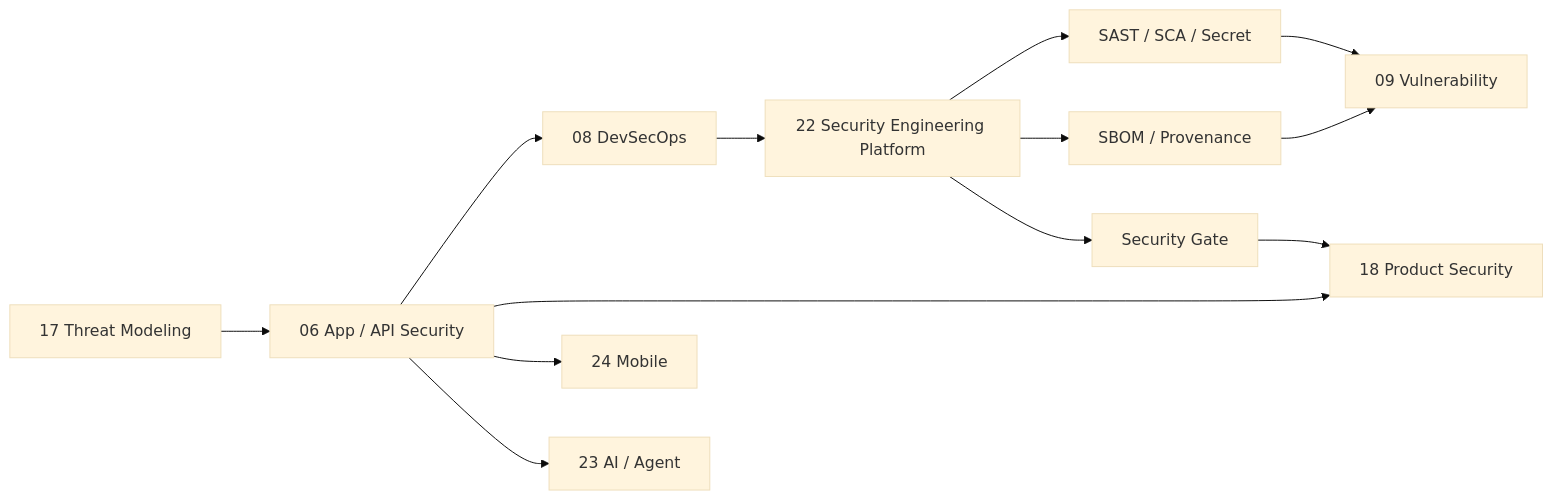
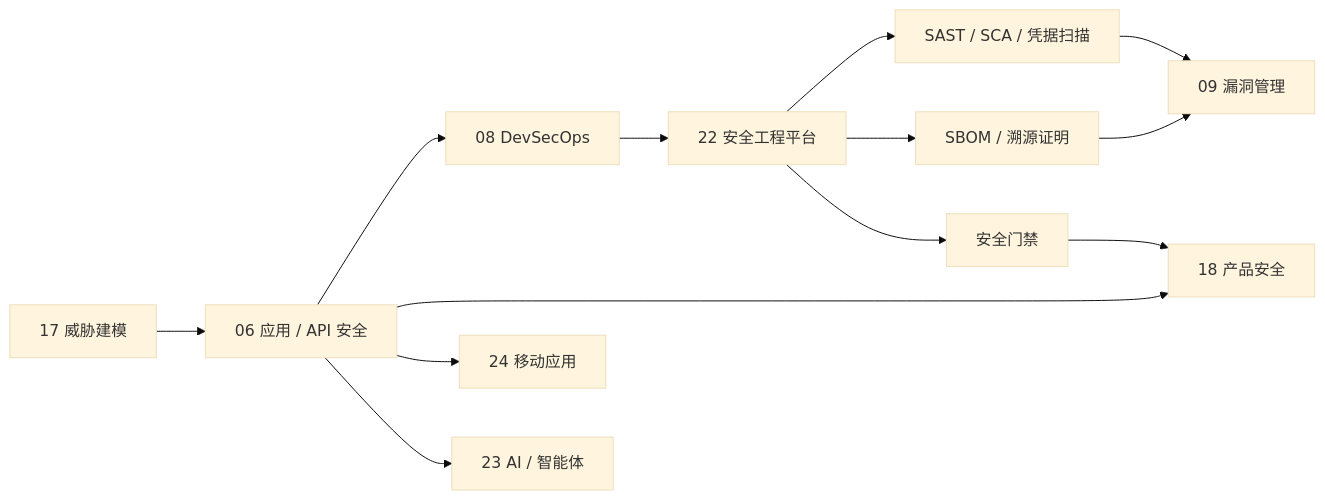
One commit to xiaochen201807/company-network-security-docs changed the fourth of 10 diagrams in docs/公司安全知识图谱.md. Above: the diagram before and after it, drawn with Mermaid (base theme). The commit also changed other lines of this file and 81 other files, not shown here.

```diff
--- a/docs/公司安全知识图谱.md
+++ b/docs/公司安全知识图谱.md
@@ -210,18 +210,18 @@
 ~~~mermaid
 flowchart LR
-    TM["17 Threat Modeling"] --> APP["06 App / API Security"]
+    TM["17 威胁建模"] --> APP["06 应用 / API 安全"]
     APP --> DEV["08 DevSecOps"]
-    DEV --> PLATFORM["22 Security Engineering Platform"]
+    DEV --> PLATFORM["22 安全工程平台"]
 
-    APP --> PROD["18 Product Security"]
-    APP --> MOBILE["24 Mobile"]
-    APP --> AI["23 AI / Agent"]
+    APP --> PROD["18 产品安全"]
+    APP --> MOBILE["24 移动应用"]
+    APP --> AI["23 AI / 智能体"]
 
-    PLATFORM --> SAST["SAST / SCA / Secret"]
-    PLATFORM --> SBOM["SBOM / Provenance"]
-    PLATFORM --> GATE["Security Gate"]
+    PLATFORM --> SAST["SAST / SCA / 凭据扫描"]
+    PLATFORM --> SBOM["SBOM / 溯源证明"]
+    PLATFORM --> GATE["安全门禁"]
 
-    SAST --> V["09 Vulnerability"]
+    SAST --> V["09 漏洞管理"]
     SBOM --> V
     GATE --> PROD
 ~~~
```
